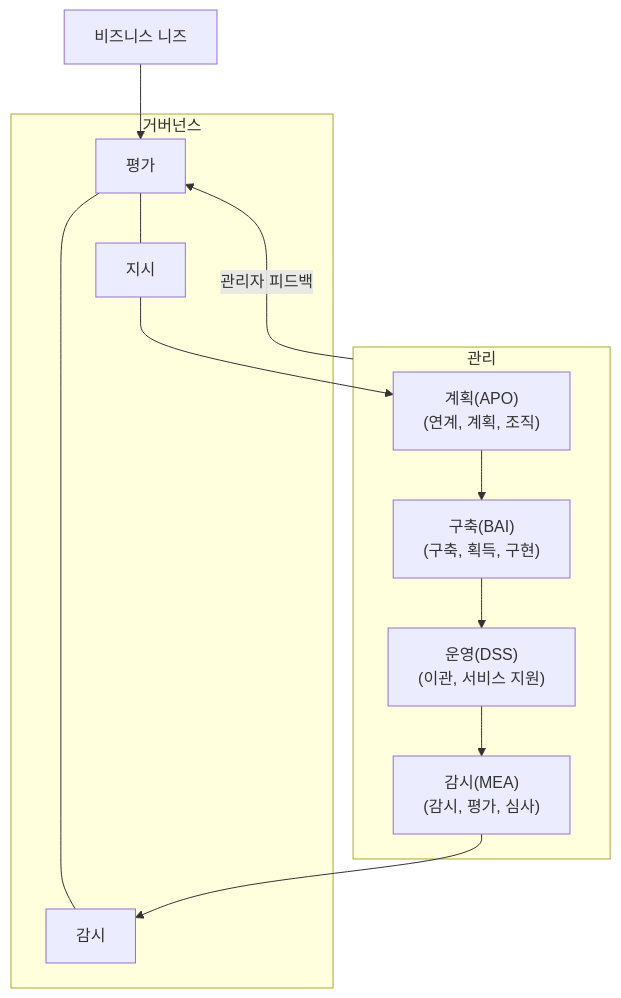
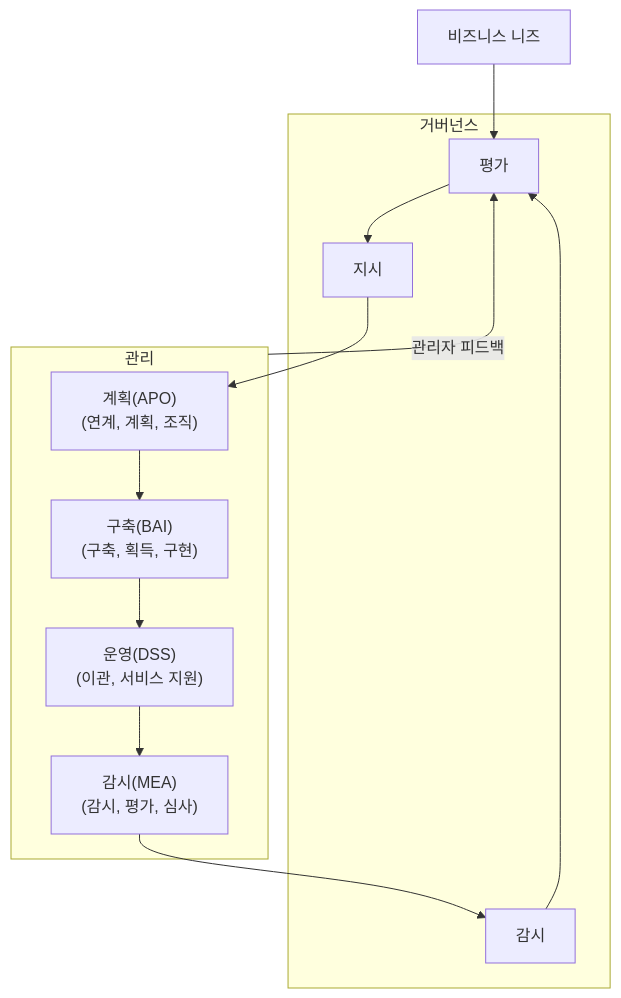
One commit to jhs512/topcit changed the diagram in output/markdown/pages/page-043.md. Above: the diagram before and after it, drawn with Mermaid. The commit also changed other lines of this file and 127 other files, not shown here.

````diff
--- a/output/markdown/pages/page-043.md
+++ b/output/markdown/pages/page-043.md
@@ -14,14 +13,14 @@
 ```mermaid
 flowchart TB
  N[비즈니스 니즈] --> E[평가]
  subgraph G[거버넌스]
- E --- D[지시]
- E --- M[감시]
+ E --> D[지시]
+ M[감시] --> E
  end
  subgraph MG[관리]
  A["계획(APO)<br>(연계, 계획, 조직)"] --> B["구축(BAI)<br>(구축, 획득, 구현)"] --> C["운영(DSS)<br>(이관, 서비스 지원)"] --> F["감시(MEA)<br>(감시, 평가, 심사)"]
  end
  D --> A
  F --> M
  MG -->|관리자 피드백| E
 ```
````
